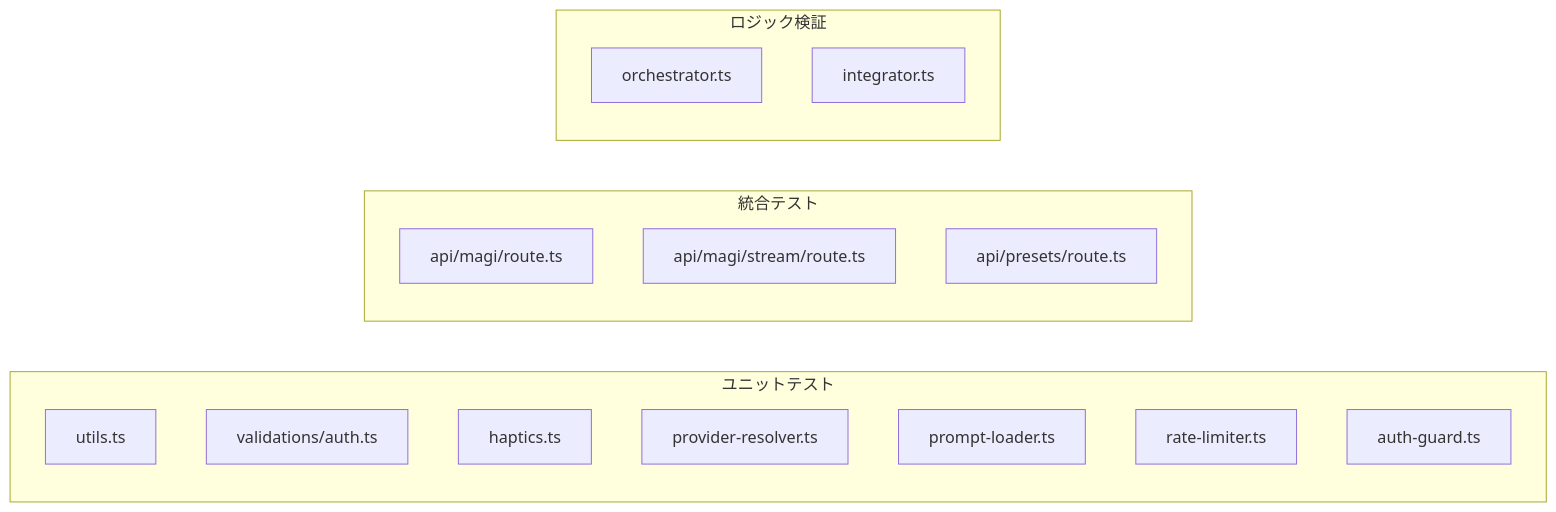
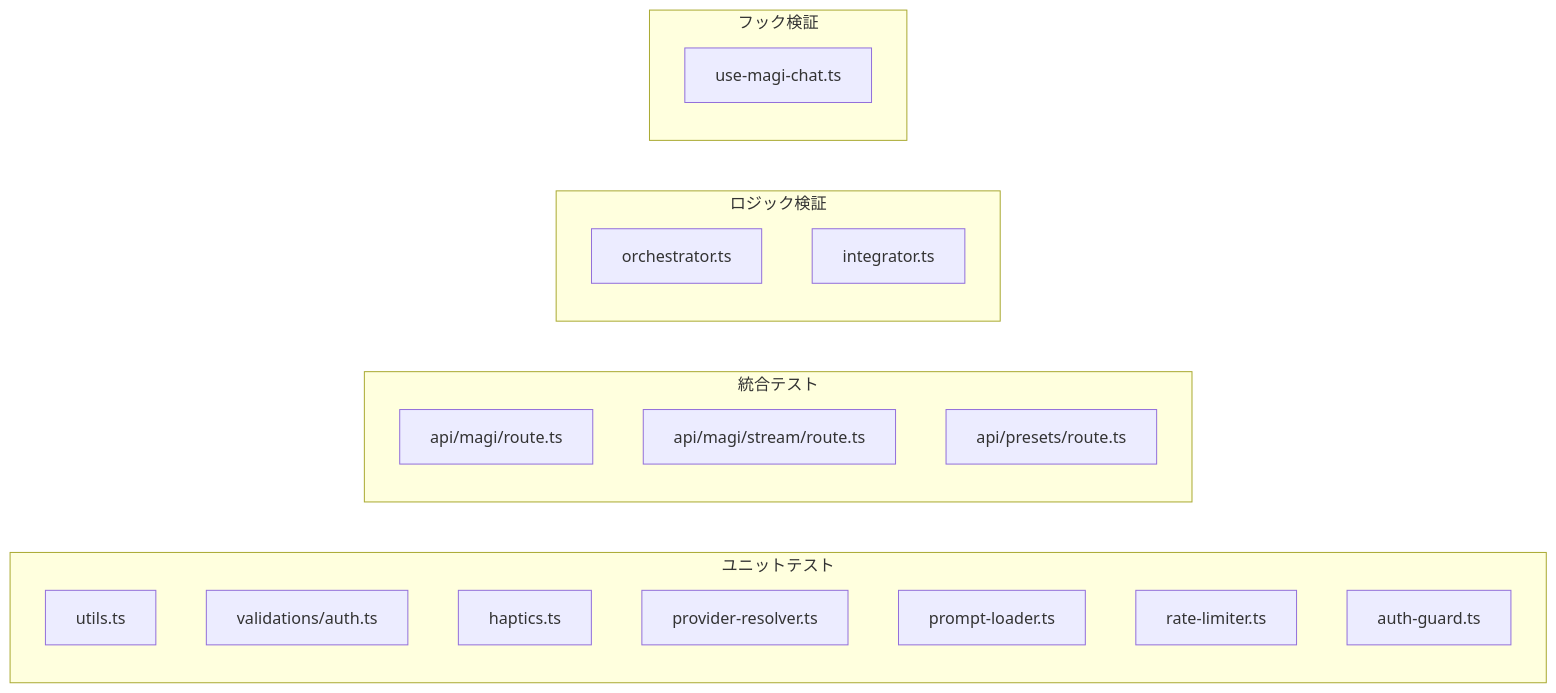
Before and after one commit to Kujo-n/maji-res: the first of 2 diagrams in docs/design/testing.md, drawn with Mermaid. The commit also changed other lines of this file and 2 other files, not shown here.

````diff
--- a/docs/design/testing.md
+++ b/docs/design/testing.md
@@ -46,21 +46,24 @@
 ```mermaid
 graph LR
   subgraph ユニットテスト
     A[utils.ts]
     B[validations/auth.ts]
     C[haptics.ts]
     D[provider-resolver.ts]
     E[prompt-loader.ts]
     F[rate-limiter.ts]
     G[auth-guard.ts]
   end
   subgraph 統合テスト
     H[api/magi/route.ts]
     I[api/magi/stream/route.ts]
     J[api/presets/route.ts]
   end
   subgraph ロジック検証
     K[orchestrator.ts]
     L[integrator.ts]
   end
+  subgraph フック検証
+    M[use-magi-chat.ts]
+  end
 ```
````
